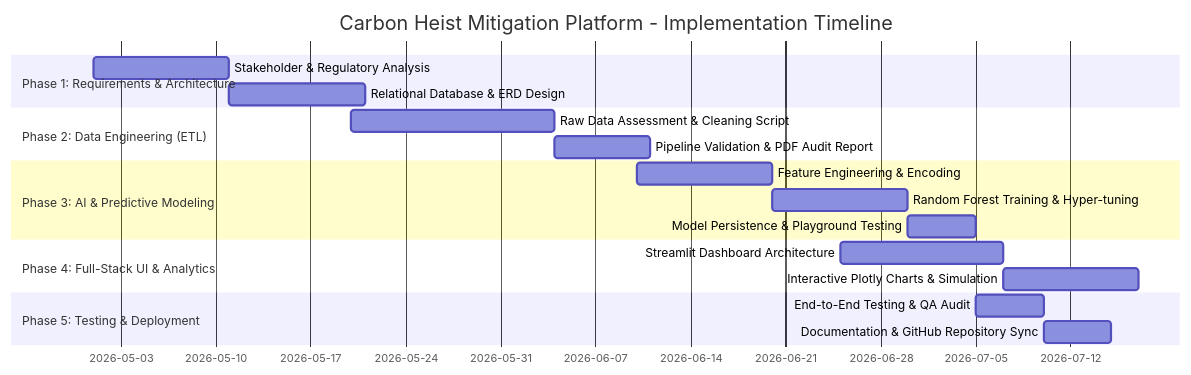
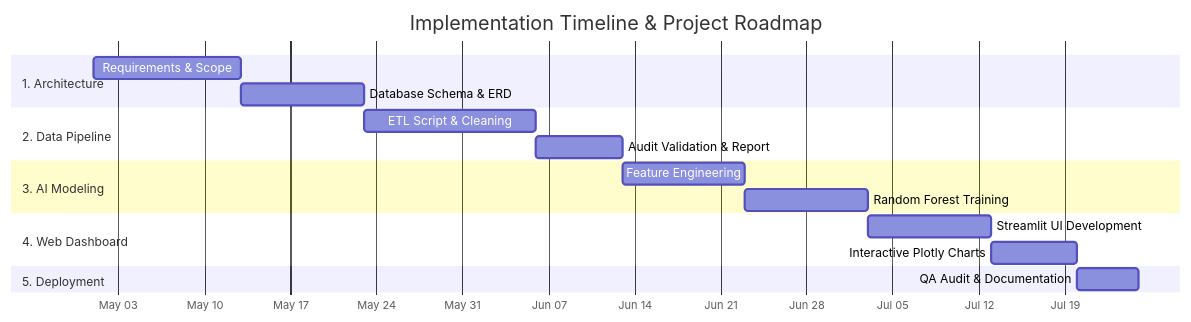
The diagram in docs/01_Project_Proposal_and_Planning.md (Huda-Amr/carbon-heist-mitigation), drawn with Mermaid before and after one commit. The commit also changed other lines of this file and 1 other file, not shown here.

Commit message:
Refine LL97 penalty formula to Total Emissions * 268 and optimize Gantt timeline rendering

````diff
--- a/docs/01_Project_Proposal_and_Planning.md
+++ b/docs/01_Project_Proposal_and_Planning.md
@@ -38,21 +38,20 @@
 ```mermaid
 gantt
-    title Carbon Heist Mitigation Platform - Implementation Timeline
+    title Implementation Timeline & Project Roadmap
     dateFormat  YYYY-MM-DD
-    section Phase 1: Requirements & Architecture
-    Stakeholder & Regulatory Analysis       :a1, 2026-05-01, 10d
-    Relational Database & ERD Design        :a2, after a1, 10d
-    section Phase 2: Data Engineering (ETL)
-    Raw Data Assessment & Cleaning Script   :b1, 2026-05-20, 15d
-    Pipeline Validation & PDF Audit Report  :b2, after b1, 7d
-    section Phase 3: AI & Predictive Modeling
-    Feature Engineering & Encoding          :c1, 2026-06-10, 10d
-    Random Forest Training & Hyper-tuning   :c2, after c1, 10d
-    Model Persistence & Playground Testing  :c3, after c2, 5d
-    section Phase 4: Full-Stack UI & Analytics
-    Streamlit Dashboard Architecture        :d1, 2026-06-25, 12d
-    Interactive Plotly Charts & Simulation  :d2, after d1, 10d
-    section Phase 5: Testing & Deployment
-    End-to-End Testing & QA Audit           :e1, 2026-07-05, 5d
-    Documentation & GitHub Repository Sync  :e2, after e1, 5d
+    axisFormat  %b %d
+    section 1. Architecture
+    Requirements & Scope         :a1, 2026-05-01, 12d
+    Database Schema & ERD        :a2, after a1, 10d
+    section 2. Data Pipeline
+    ETL Script & Cleaning        :b1, 2026-05-23, 14d
+    Audit Validation & Report    :b2, after b1, 7d
+    section 3. AI Modeling
+    Feature Engineering          :c1, 2026-06-13, 10d
+    Random Forest Training       :c2, after c1, 10d
+    section 4. Web Dashboard
+    Streamlit UI Development     :d1, 2026-07-03, 10d
+    Interactive Plotly Charts    :d2, after d1, 7d
+    section 5. Deployment
+    QA Audit & Documentation     :e1, after d2, 5d
 ```
````
